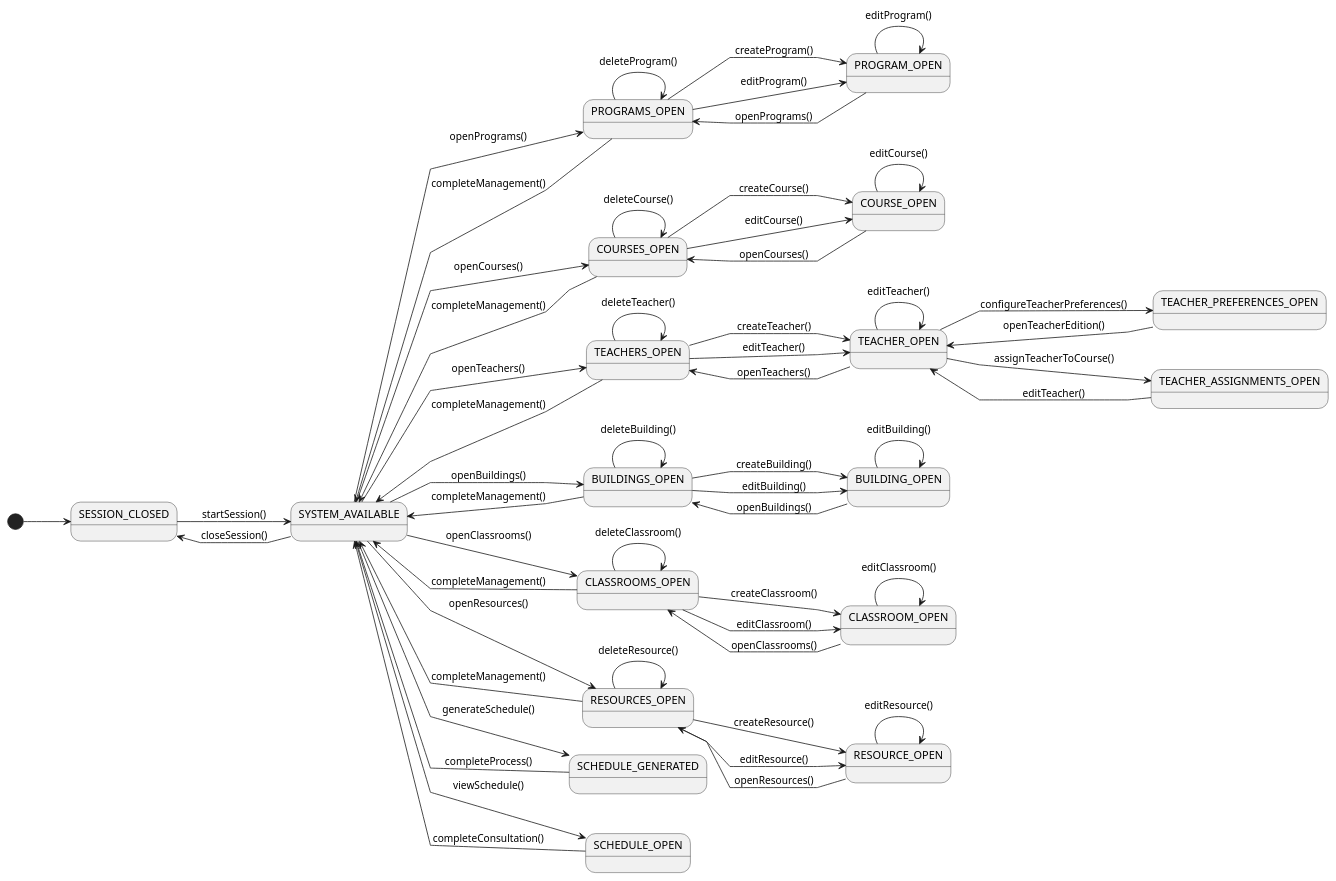
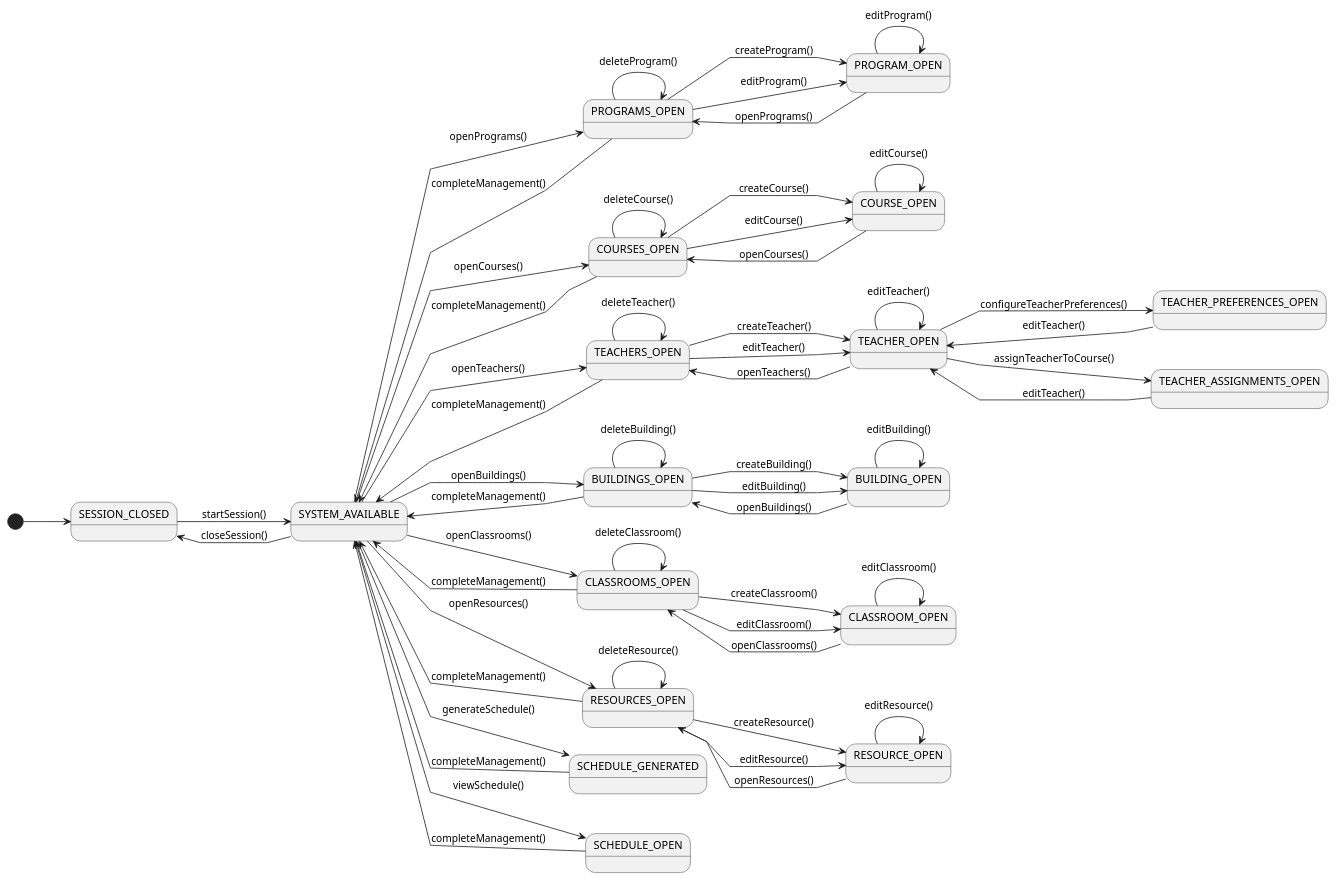
The diagram in RUP/00-casos-uso/01-actores-casos-uso/diagrama-contexto-administrador.puml (mmasias/pySigHor), drawn with PlantUML before and after one commit. The commit also changed 158 other files, not shown here.

```diff
--- a/RUP/00-casos-uso/01-actores-casos-uso/diagrama-contexto-administrador.puml
+++ b/RUP/00-casos-uso/01-actores-casos-uso/diagrama-contexto-administrador.puml
@@ -1,101 +1,101 @@
 @startuml diagrama-contexto-administrador
 
 left to right direction
 skinparam linetype polyline
 
 state "SESSION_CLOSED" as NoAuth
 state "SYSTEM_AVAILABLE" as Menu
 
 state "PROGRAMS_OPEN" as ListPrograms
 state "PROGRAM_OPEN" as EditProgram
 state "COURSES_OPEN" as ListCourses
 state "COURSE_OPEN" as EditCourse
 state "TEACHERS_OPEN" as ListTeachers
 state "TEACHER_OPEN" as EditTeacher
 state "TEACHER_PREFERENCES_OPEN" as EditTeacherPreferences
 state "BUILDINGS_OPEN" as ListBuildings
 state "BUILDING_OPEN" as EditBuilding
 state "CLASSROOMS_OPEN" as ListClassrooms
 state "CLASSROOM_OPEN" as EditClassroom
 state "RESOURCES_OPEN" as ListResources
 state "RESOURCE_OPEN" as EditResource
 
 state "TEACHER_ASSIGNMENTS_OPEN" as Assignments
 state "SCHEDULE_GENERATED" as Generation
 state "SCHEDULE_OPEN" as Consultation
 
 [*] --> NoAuth
 
 NoAuth --> Menu : startSession()
 
 Menu --> NoAuth : closeSession()
 Menu --> ListPrograms: openPrograms()
 Menu --> ListCourses: openCourses()
 Menu --> ListTeachers: openTeachers()
 Menu --> ListBuildings: openBuildings()
 Menu --> ListClassrooms: openClassrooms()
 Menu --> ListResources: openResources()
 Menu --> Generation: generateSchedule()
 Menu --> Consultation: viewSchedule()
 
 EditTeacher --> Assignments: assignTeacherToCourse()
 
 Assignments --> EditTeacher: editTeacher()
 
 
 ListPrograms --> EditProgram: createProgram()
 ListPrograms --> EditProgram: editProgram()
 ListPrograms --> ListPrograms: deleteProgram()
 
 EditProgram --> EditProgram: editProgram()
 EditProgram --> ListPrograms: openPrograms()
 
 ListCourses --> EditCourse: createCourse()
 ListCourses --> EditCourse: editCourse()
 ListCourses --> ListCourses: deleteCourse()
 
 EditCourse --> EditCourse: editCourse()
 EditCourse --> ListCourses: openCourses()
 
 ListTeachers --> EditTeacher: createTeacher()
 ListTeachers --> EditTeacher: editTeacher()
 ListTeachers --> ListTeachers: deleteTeacher()
 
 EditTeacher --> EditTeacher: editTeacher()
 EditTeacher --> EditTeacherPreferences: configureTeacherPreferences()
 EditTeacher --> ListTeachers: openTeachers()
 
-EditTeacherPreferences --> EditTeacher: openTeacherEdition()
+EditTeacherPreferences --> EditTeacher: editTeacher()
 
 
 ListBuildings --> EditBuilding: createBuilding()
 ListBuildings --> EditBuilding: editBuilding()
 ListBuildings --> ListBuildings: deleteBuilding()
 EditBuilding --> EditBuilding: editBuilding()
 
 EditBuilding --> ListBuildings: openBuildings()
 
 ListClassrooms --> EditClassroom: createClassroom()
 ListClassrooms --> EditClassroom: editClassroom()
 ListClassrooms --> ListClassrooms: deleteClassroom()
 
 EditClassroom --> EditClassroom: editClassroom()
 EditClassroom --> ListClassrooms: openClassrooms()
 
 ListResources --> EditResource: createResource()
 ListResources --> EditResource: editResource()
 ListResources --> ListResources: deleteResource()
 
 EditResource --> EditResource: editResource()
 EditResource --> ListResources: openResources()
 
 ListPrograms --> Menu: completeManagement()
 ListCourses --> Menu: completeManagement()
 ListTeachers --> Menu: completeManagement()
 ListBuildings --> Menu: completeManagement()
 ListClassrooms --> Menu: completeManagement()
 ListResources --> Menu: completeManagement()
-Generation --> Menu: completeProcess()
-Consultation --> Menu: completeConsultation()
+Generation --> Menu: completeManagement()
+Consultation --> Menu: completeManagement()
 
 @enduml
```
